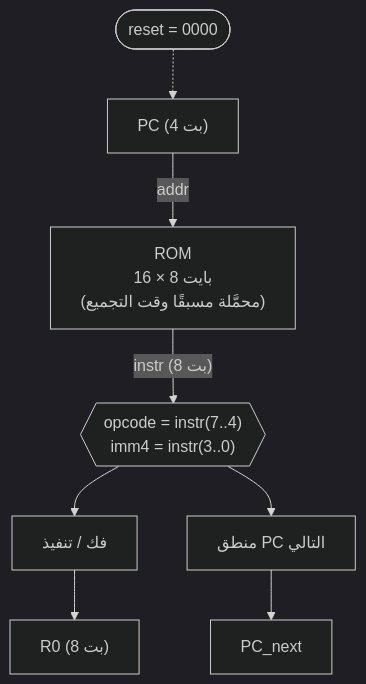
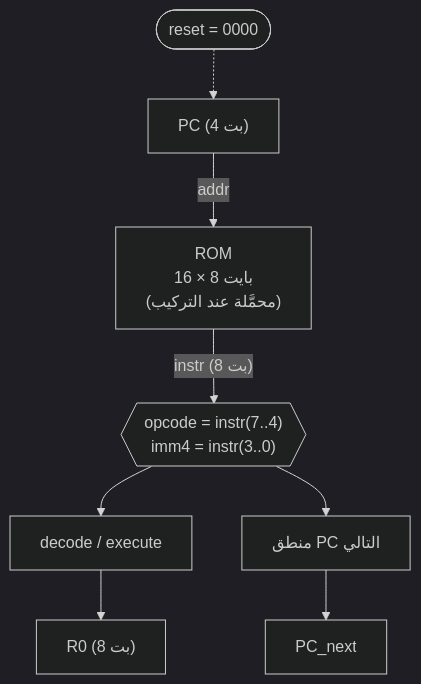
The diagram in Kmila.Shared/wwwroot/Learn/ar/cpu/02-cpu-project.md (Kmila9s/Kmila), drawn with Mermaid (dark theme) before and after one commit. The commit also changed other lines of this file and 207 other files, not shown here.

````diff
--- a/Kmila.Shared/wwwroot/Learn/ar/cpu/02-cpu-project.md
+++ b/Kmila.Shared/wwwroot/Learn/ar/cpu/02-cpu-project.md
@@ -7,10 +7,10 @@
 ```mermaid
 flowchart TD
     RST(["reset = 0000"]) -.-> PC["PC (4 بت)"]
-    PC -- addr --> ROM["ROM<br/>16 × 8 بايت<br/>(محمَّلة مسبقًا وقت التجميع)"]
+    PC -- addr --> ROM["ROM<br/>16 × 8 بايت<br/>(محمَّلة عند التركيب)"]
     ROM -- "instr (8 بت)" --> SPLIT{{"opcode = instr(7..4)<br/>imm4 = instr(3..0)"}}
-    SPLIT --> DECEXE["فك / تنفيذ"]
+    SPLIT --> DECEXE["decode / execute"]
     SPLIT --> PCNXT["منطق PC التالي"]
     DECEXE --> R0["R0 (8 بت)"]
     PCNXT --> PCN["PC_next"]
 ```
````
